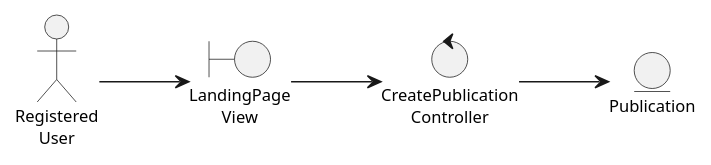
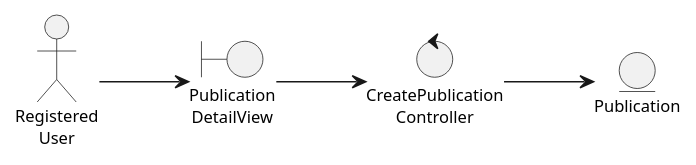
The diagram in logicalView/analisysView/usecaseAnalisys/analysisClassDiagramUC7.plantuml (mpaulaherrero/tesis-frameworks-backend-diagrams), drawn with PlantUML before and after one commit.

Commit message:
CreatePublicationController con PublicationDetailView

```diff
--- a/logicalView/analisysView/usecaseAnalisys/analysisClassDiagramUC7.plantuml
+++ b/logicalView/analisysView/usecaseAnalisys/analysisClassDiagramUC7.plantuml
@@ -1,16 +1,16 @@
 @startuml
 skinparam style strictuml
 left to right direction
 skinparam defaultTextAlignment center
 skinparam defaultFontSize 11
 
 actor "Registered\nUser" as UserReg
 
-boundary "LandingPage\nView" as LandingPageView
+boundary "Publication\nDetailView" as PublicationDetailView
 entity Publication
 control "CreatePublication\nController" as CreatePublicationController
 
-UserReg --> LandingPageView
-LandingPageView --> CreatePublicationController
+UserReg --> PublicationDetailView
+PublicationDetailView --> CreatePublicationController
 CreatePublicationController --> Publication
 @enduml
```
